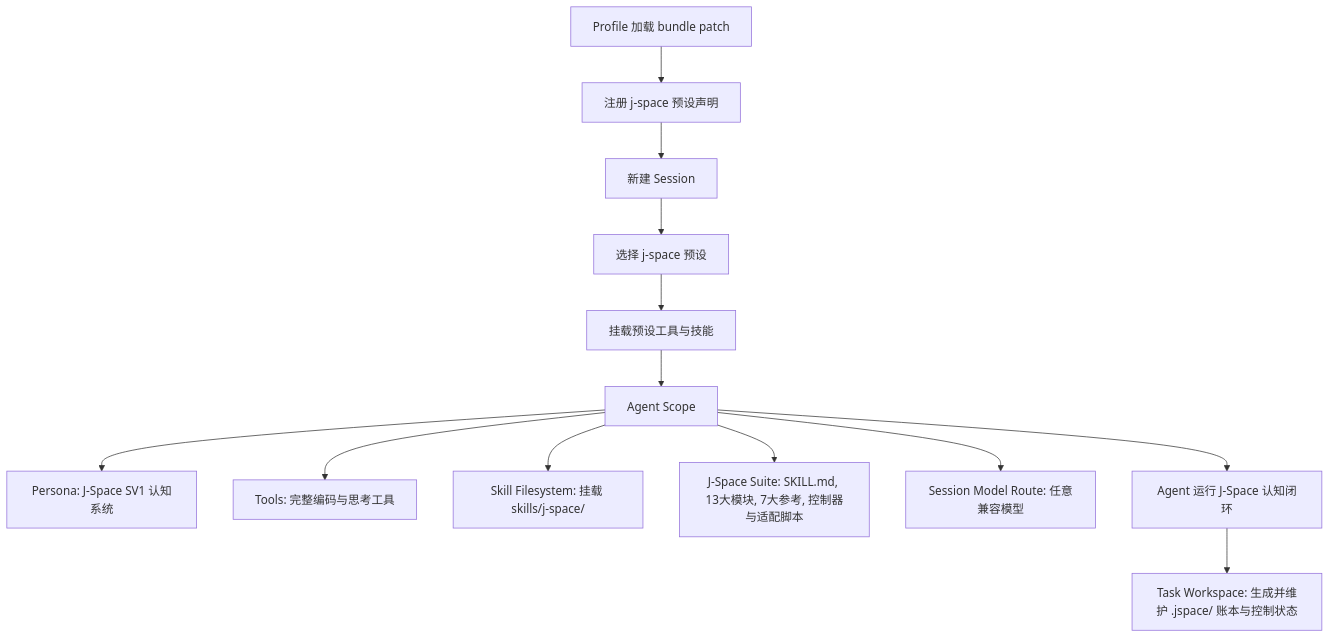
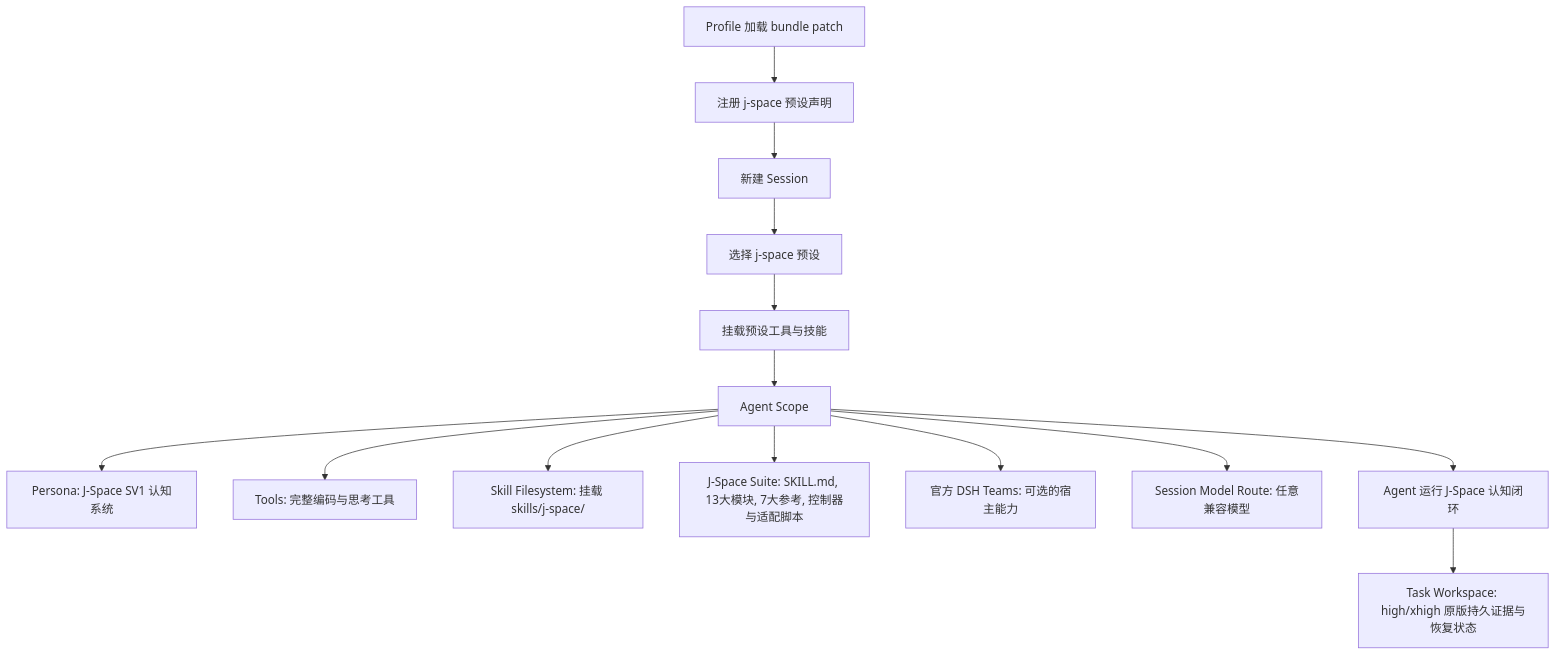
One commit to AnonyJcy/dsh-j-space changed the diagram in README.md. Above: the diagram before and after it, drawn with Mermaid. The commit also changed other lines of this file and 24 other files, not shown here.

````diff
--- a/README.md
+++ b/README.md
@@ -172,15 +163,16 @@
 ```mermaid
 flowchart TD
     P[Profile 加载 bundle patch] --> R[注册 j-space 预设声明]
     R --> A[新建 Session]
     A --> B[选择 j-space 预设]
     B --> D[挂载预设工具与技能]
     D --> E[Agent Scope]
     E --> F1[Persona: J-Space SV1 认知系统]
     E --> F2[Tools: 完整编码与思考工具]
     E --> F3[Skill Filesystem: 挂载 skills/j-space/]
     E --> F4[J-Space Suite: SKILL.md, 13大模块, 7大参考, 控制器与适配脚本]
+    E --> T[官方 DSH Teams: 可选的宿主能力]
     E --> G[Session Model Route: 任意兼容模型]
     E --> H[Agent 运行 J-Space 认知闭环]
-    H --> I[Task Workspace: 生成并维护 .jspace/ 账本与控制状态]
+    H --> I[Task Workspace: high/xhigh 原版持久证据与恢复状态]
 ```
````
